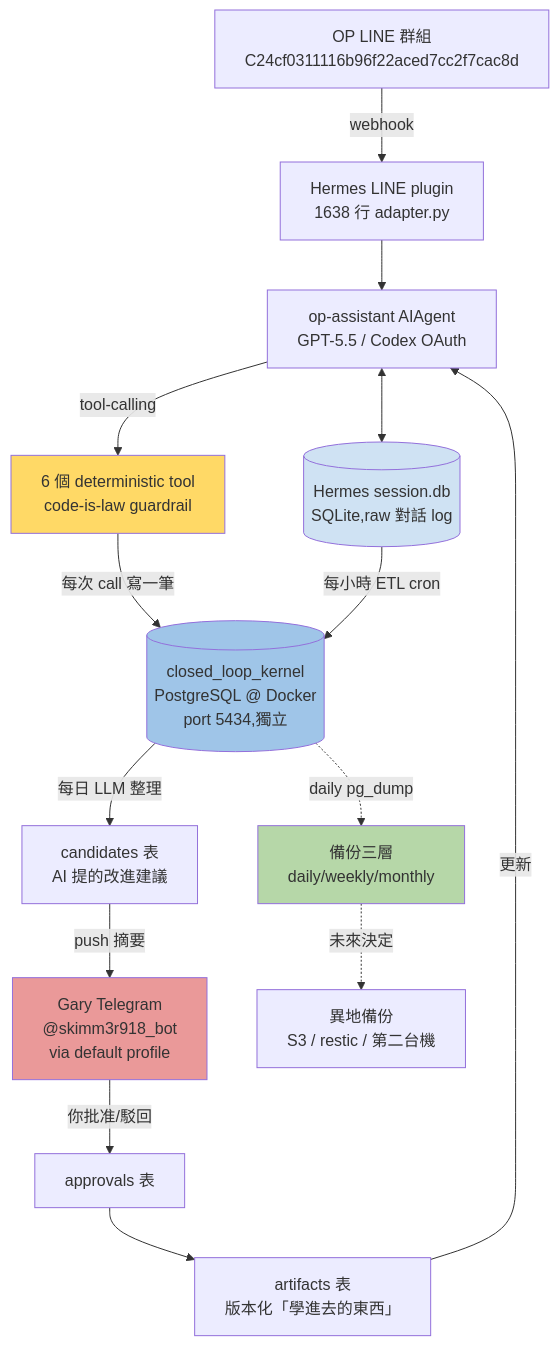
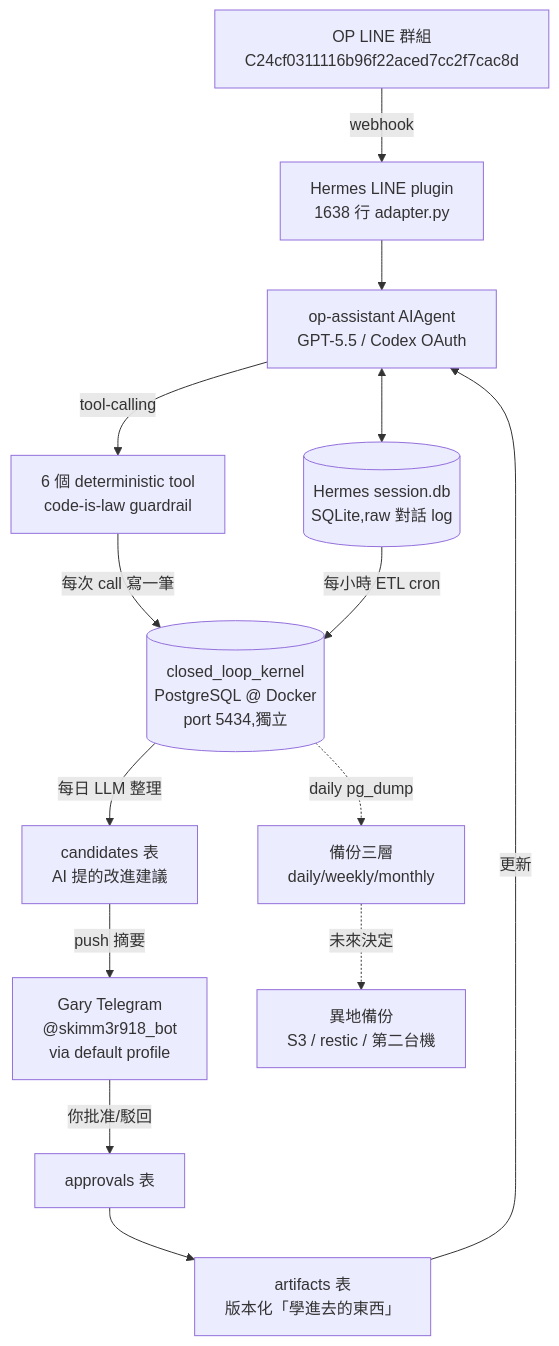
One commit to garyyang1001/ai_native_company changed the diagram in docs/plans/2026-05-26-op-kernel-db-operations.md. Above: the diagram before and after it, drawn with Mermaid. The commit also changed other lines of this file, not shown here.

First line of the commit message:
Op-kernel doc: remove Mermaid color fills (Gary couldn't read text)

````diff
--- a/docs/plans/2026-05-26-op-kernel-db-operations.md
+++ b/docs/plans/2026-05-26-op-kernel-db-operations.md
@@ -30,27 +30,21 @@
 ```mermaid
 flowchart TB
     LINE[OP LINE 群組<br/>C24cf0311116b96f22aced7cc2f7cac8d] -->|webhook| HP[Hermes LINE plugin<br/>1638 行 adapter.py]
     HP --> Agent[op-assistant AIAgent<br/>GPT-5.5 / Codex OAuth]
 
     Agent <--> SDB[(Hermes session.db<br/>SQLite,raw 對話 log)]
     Agent -->|tool-calling| Tools[6 個 deterministic tool<br/>code-is-law guardrail]
 
     Tools -->|每次 call 寫一筆| KDB[(closed_loop_kernel<br/>PostgreSQL @ Docker<br/>port 5434,獨立)]
     SDB -->|每小時 ETL cron| KDB
 
     KDB -->|每日 LLM 整理| Cand[candidates 表<br/>AI 提的改進建議]
     Cand -->|push 摘要| TG[Gary Telegram<br/>@skimm3r918_bot<br/>via default profile]
 
     TG -->|你批准/駁回| App[approvals 表]
     App --> Art[artifacts 表<br/>版本化「學進去的東西」]
     Art -->|更新| Agent
 
     KDB -.->|daily pg_dump| Backup[備份三層<br/>daily/weekly/monthly]
     Backup -.->|未來決定| Remote[異地備份<br/>S3 / restic / 第二台機]
-
-    style KDB fill:#9fc5e8
-    style SDB fill:#cfe2f3
-    style Tools fill:#ffd966
-    style TG fill:#ea9999
-    style Backup fill:#b6d7a8
 ```
````
